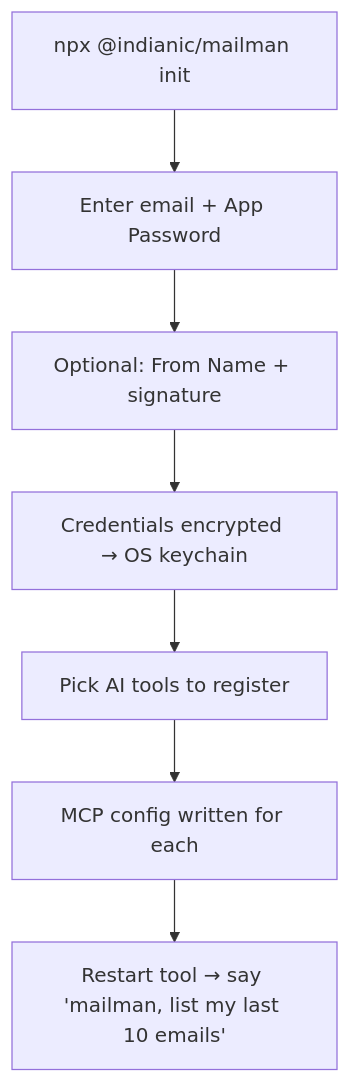
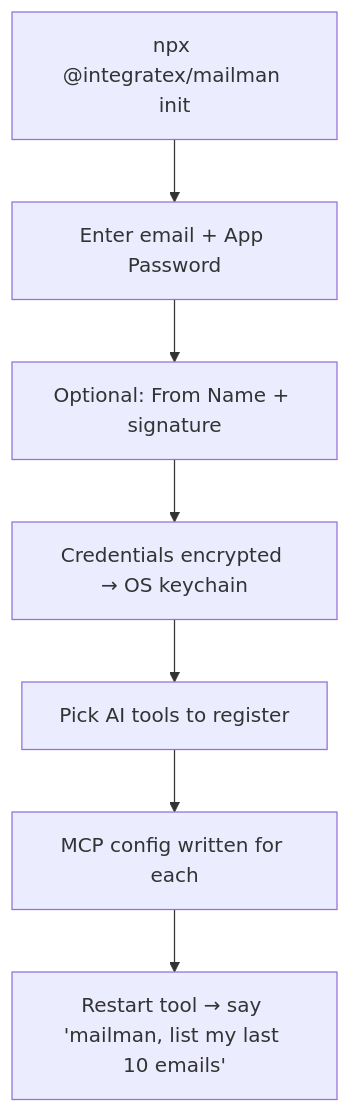
Before and after one commit to indianic/mailman: the third of 4 diagrams in docs/FEATURES.md, drawn with Mermaid. The commit also changed other lines of this file and 20 other files, not shown here.

````diff
--- a/docs/FEATURES.md
+++ b/docs/FEATURES.md
@@ -177,9 +177,9 @@
 ```mermaid
 flowchart TD
-    A["npx @indianic/mailman init"] --> B["Enter email + App Password"]
+    A["npx @integratex/mailman init"] --> B["Enter email + App Password"]
     B --> C["Optional: From Name + signature"]
     C --> D["Credentials encrypted → OS keychain"]
     D --> E["Pick AI tools to register"]
     E --> F["MCP config written for each"]
     F --> G["Restart tool → say 'mailman, list my last 10 emails'"]
 ```
````
